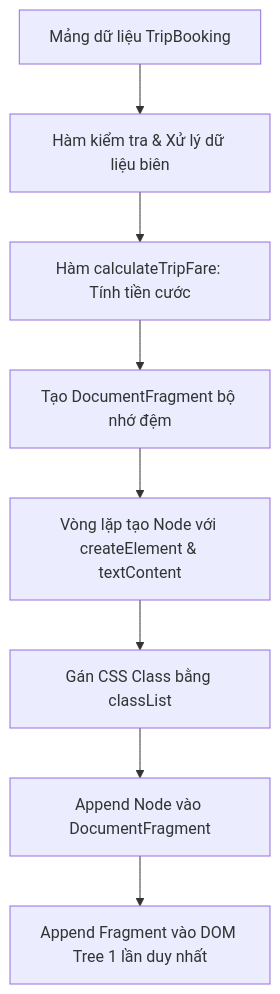
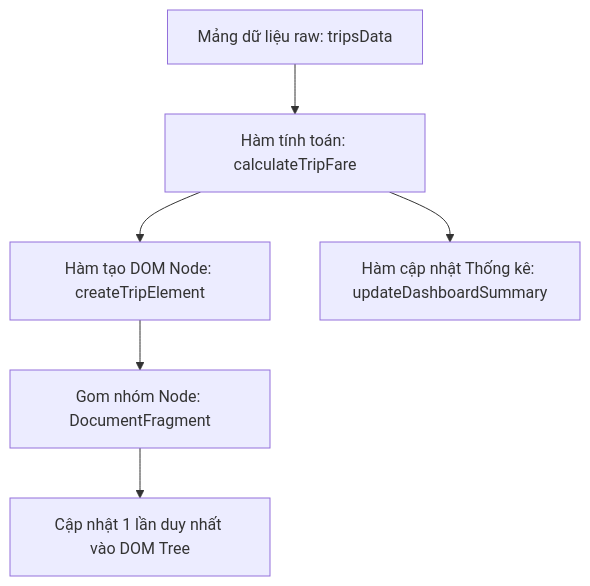
The diagram in output/pms/Phát_triển_ứng_dụng_web/Session 17 - Tương tác DOM API (Document Object Model)- Truy xuất và Thay đổi Nội dung/Bài tập/bai_tap_11.md (ngoquy12/learning_material), drawn with Mermaid before and after one commit. The commit also changed other lines of this file and 152 other files, not shown here.

Commit message:
feat(domain): implement Session Domain Anchor Architecture for 100% unified domain consistency across all session resources

````diff
--- a/output/pms/Phát_triển_ứng_dụng_web/Session 17 - Tương tác DOM API (Document Object Model)- Truy xuất và Thay đổi Nội dung/Bài tập/bai_tap_11.md
+++ b/output/pms/Phát_triển_ứng_dụng_web/Session 17 - Tương tác DOM API (Document Object Model)- Truy xuất và Thay đổi Nội dung/Bài tập/bai_tap_11.md
@@ -22,10 +17,8 @@
 ```mermaid
-flowchart TD
-    A[Mảng dữ liệu TripBooking] --> B[Hàm kiểm tra & Xử lý dữ liệu biên]
-    B --> C[Hàm calculateTripFare: Tính tiền cước]
-    C --> D[Tạo DocumentFragment bộ nhớ đệm]
-    D --> E[Vòng lặp tạo Node với createElement & textContent]
-    E --> F[Gán CSS Class bằng classList]
-    F --> G[Append Node vào DocumentFragment]
-    G --> H[Append Fragment vào DOM Tree 1 lần duy nhất]
+graph TD
+    A[Mảng dữ liệu raw: tripsData] --> B[Hàm tính toán: calculateTripFare]
+    B --> C[Hàm tạo DOM Node: createTripElement]
+    C --> D[Gom nhóm Node: DocumentFragment]
+    D --> E[Cập nhật 1 lần duy nhất vào DOM Tree]
+    B --> F[Hàm cập nhật Thống kê: updateDashboardSummary]
 ```
````
